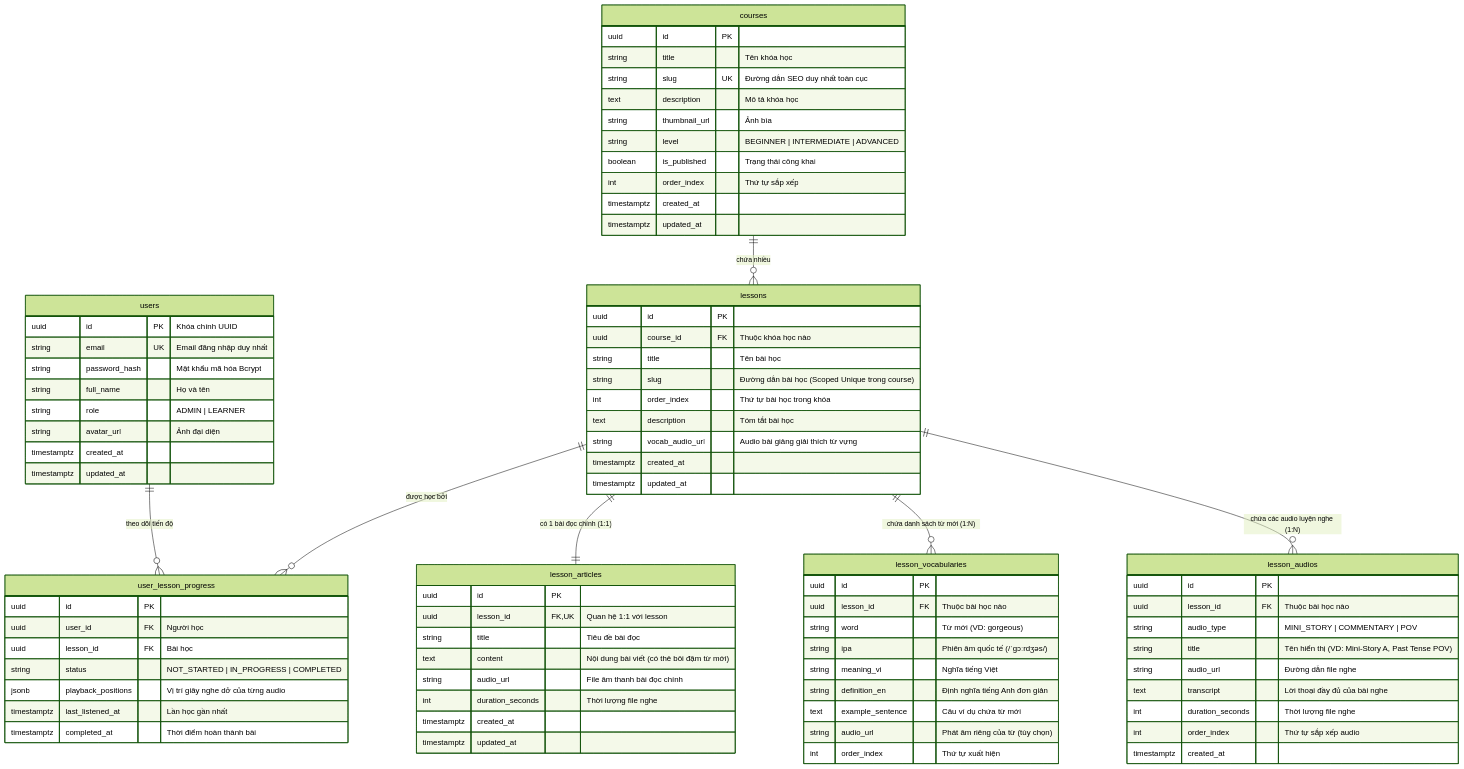
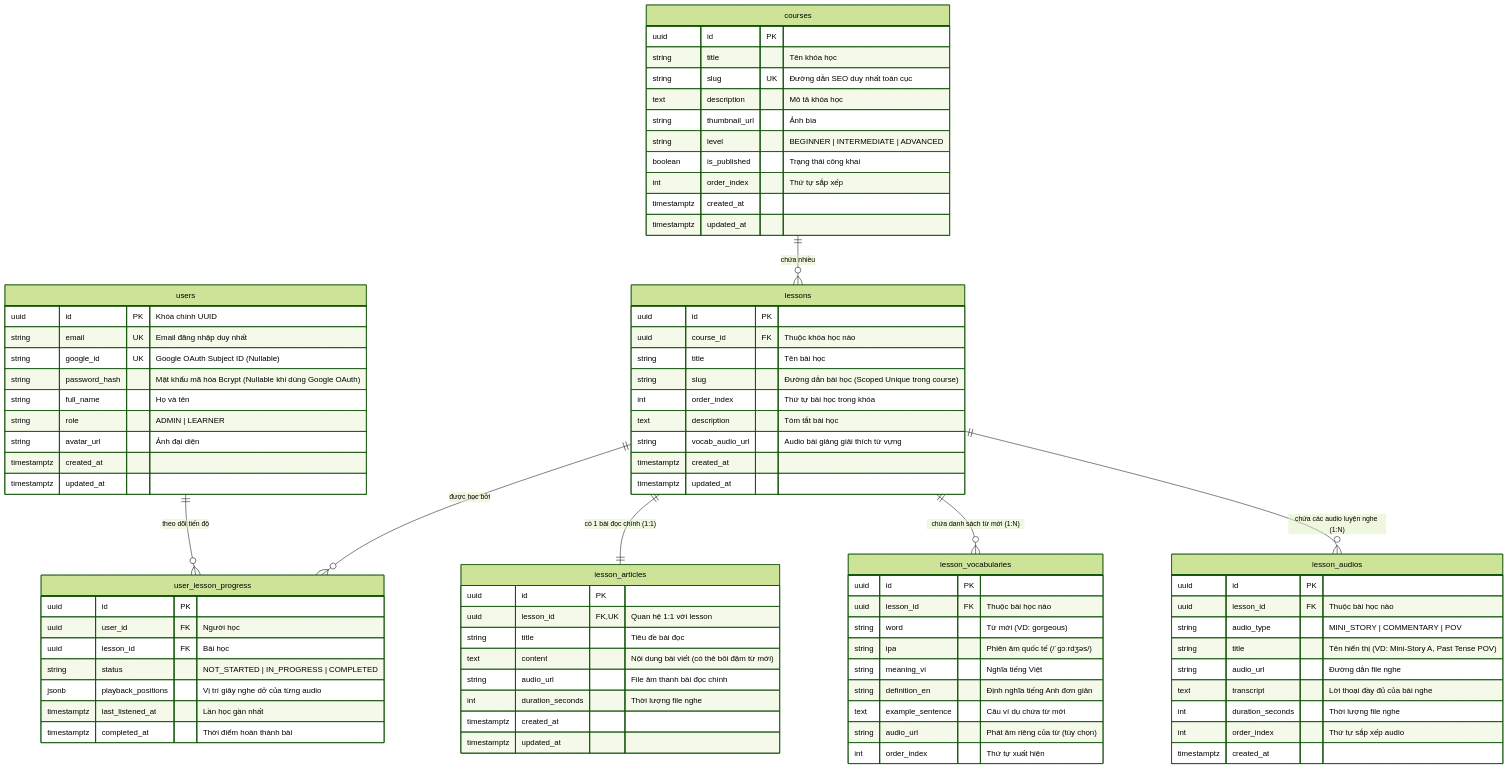
Before and after one commit to canhhung1-storage/speak-up: the diagram in docs/architecture/03-database-erd.md, drawn with Mermaid (forest theme). The commit also changed other lines of this file and 1 other file, not shown here.

Commit message:
docs: update database ERD for google_id and record bugs & solutions learnings
- Updated 03-database-erd.md with google_id and nullable password_hash on users table
- Documented Google Avatar 403 referrer policy fix, Angular DomSanitizer SVG stripping, and Docker TLS cert resolution in bugs-solutions.md

```diff
--- a/docs/architecture/03-database-erd.md
+++ b/docs/architecture/03-database-erd.md
@@ -19,7 +19,8 @@
     users {
         uuid id PK "Khóa chính UUID"
         string email UK "Email đăng nhập duy nhất"
-        string password_hash "Mật khẩu mã hóa Bcrypt"
+        string google_id UK "Google OAuth Subject ID (Nullable)"
+        string password_hash "Mật khẩu mã hóa Bcrypt (Nullable khi dùng Google OAuth)"
         string full_name "Họ và tên"
         string role "ADMIN | LEARNER"
         string avatar_url "Ảnh đại diện"
```
